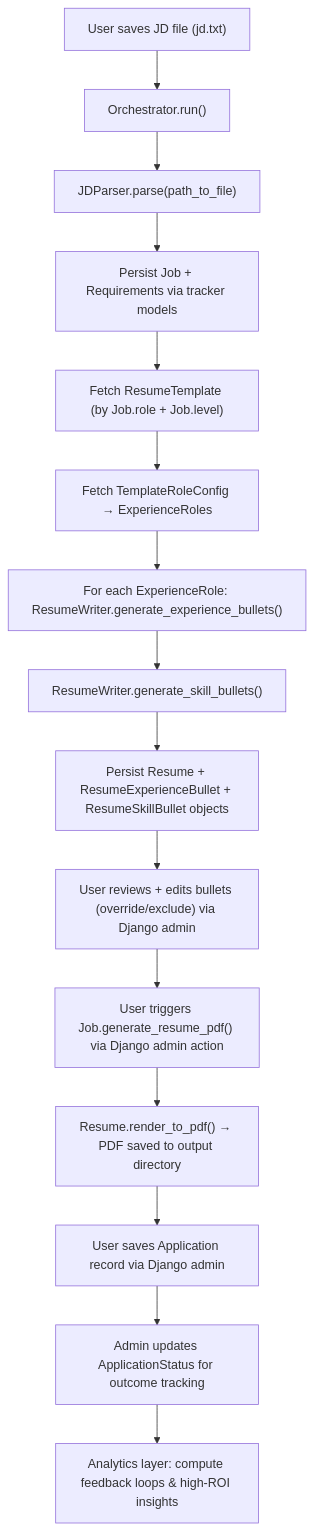
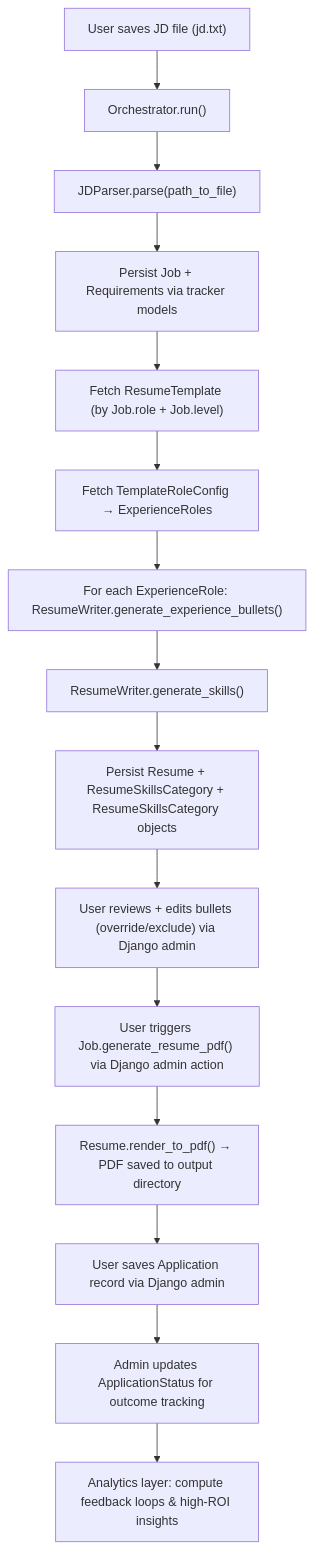
The second of 2 diagrams in docs/system_design.md (vhidrogo/job-search-automation), drawn with Mermaid before and after one commit. The commit also changed other lines of this file, not shown here.

````diff
--- a/docs/system_design.md
+++ b/docs/system_design.md
@@ -409,17 +409,17 @@
 ```mermaid
 flowchart TD
     A["User saves JD file (jd.txt)"] --> B["Orchestrator.run()"]
     B --> C["JDParser.parse(path_to_file)"]
     C --> D["Persist Job + Requirements via tracker models"]
     D --> E["Fetch ResumeTemplate (by Job.role + Job.level)"]
     E --> F["Fetch TemplateRoleConfig → ExperienceRoles"]
     F --> G["For each ExperienceRole: ResumeWriter.generate_experience_bullets()"]
-    G --> H["ResumeWriter.generate_skill_bullets()"]
-    H --> I["Persist Resume + ResumeExperienceBullet + ResumeSkillBullet objects"]
+    G --> H["ResumeWriter.generate_skills()"]
+    H --> I["Persist Resume + ResumeSkillsCategory + ResumeSkillsCategory objects"]
     I --> J["User reviews + edits bullets (override/exclude) via Django admin"]
     J --> K["User triggers Job.generate_resume_pdf() via Django admin action"]
     K --> L["Resume.render_to_pdf() → PDF saved to output directory"]
     L --> M["User saves Application record via Django admin"]
     M --> N["Admin updates ApplicationStatus for outcome tracking"]
     N --> O["Analytics layer: compute feedback loops & high-ROI insights"]
 ```
````
